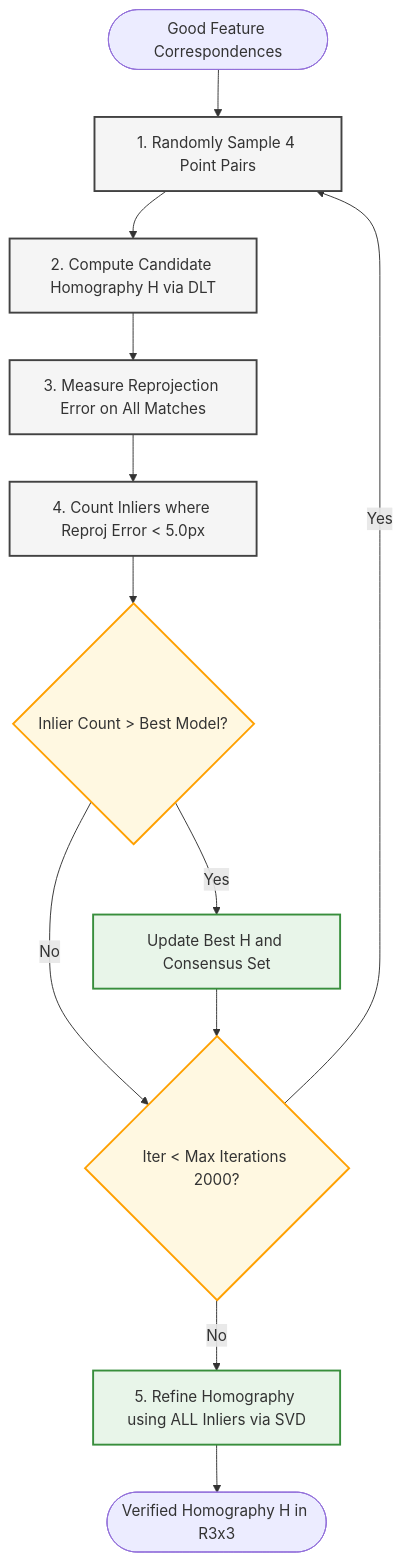
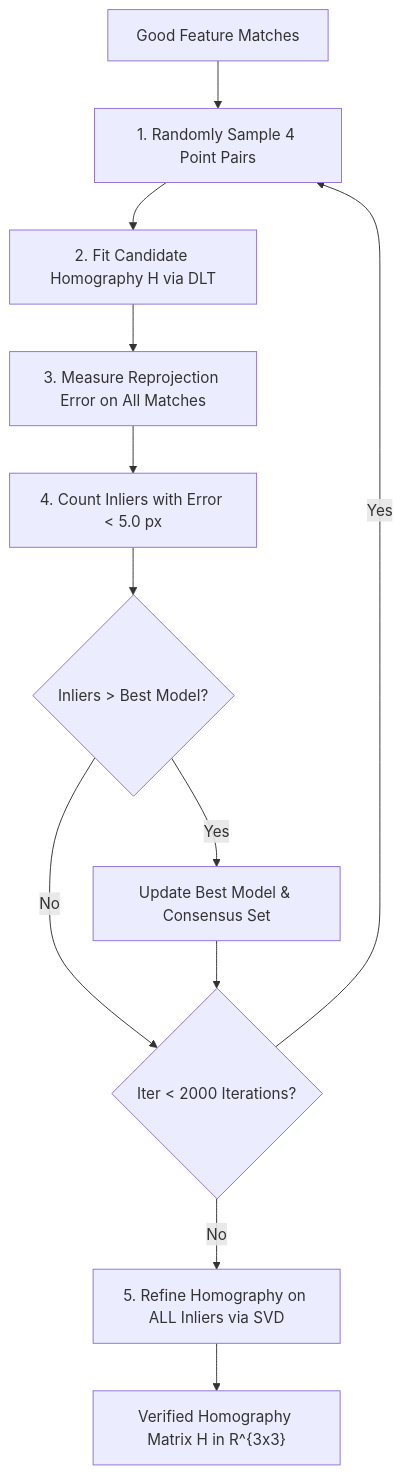
Before and after one commit to mhiskall282/Feature-Based-Image-Matching-and-Automatic-Panorama-Construction-Problem: the third of 4 diagrams in README.md, drawn with Mermaid. The commit also changed other lines of this file and 12 other files, not shown here.

Commit message:
feat: high-contrast diagrams, polished UI, and cloud deployment configs for Vercel, Render, and Docker

````diff
--- a/README.md
+++ b/README.md
@@ -153,18 +148,14 @@
 ```mermaid
 graph TD
-    classDef step fill:#F5F5F5,stroke:#424242,stroke-width:2px;
-    classDef decision fill:#FFF8E1,stroke:#FFA000,stroke-width:2px;
-    classDef accept fill:#E8F5E9,stroke:#388E3C,stroke-width:2px;
-
-    Start([Good Feature Correspondences]) --> Sample[1. Randomly Sample 4 Point Pairs]:::step
-    Sample --> Compute[2. Compute Candidate Homography H via DLT]:::step
-    Compute --> Eval[3. Measure Reprojection Error on All Matches]:::step
-    Eval --> Count[4. Count Inliers where Reproj Error < 5.0px]:::step
-    Count --> Check{Inlier Count > Best Model?}:::decision
-    Check -- Yes --> Update[Update Best H and Consensus Set]:::accept
-    Check -- No --> Loop{Iter < Max Iterations 2000?}:::decision
+    Matches["Good Feature Matches"] --> Sample["1. Randomly Sample 4 Point Pairs"]
+    Sample --> Compute["2. Fit Candidate Homography H via DLT"]
+    Compute --> Eval["3. Measure Reprojection Error on All Matches"]
+    Eval --> Count["4. Count Inliers with Error < 5.0 px"]
+    Count --> Check{"Inliers > Best Model?"}
+    Check -- Yes --> Update["Update Best Model & Consensus Set"]
+    Check -- No --> Loop{"Iter < 2000 Iterations?"}
     Update --> Loop
     Loop -- Yes --> Sample
-    Loop -- No --> Refine[5. Refine Homography using ALL Inliers via SVD]:::accept
-    Refine --> Done([Verified Homography H in R3x3])
+    Loop -- No --> Refine["5. Refine Homography on ALL Inliers via SVD"]
+    Refine --> Done["Verified Homography Matrix H in R^{3x3}"]
 ```
````
